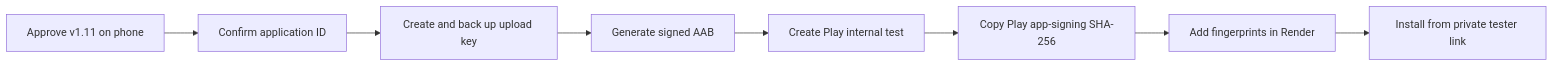
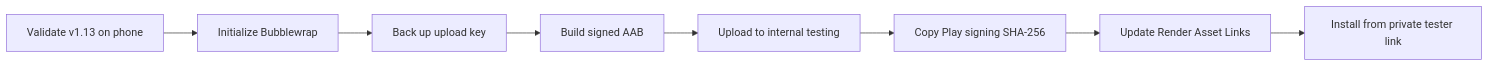
The diagram in docs/ANDROID_INTERNAL_TEST_GUIDE.md (diegoboland-jpg/AtlasTime), drawn with Mermaid before and after one commit. The commit also changed other lines of this file and 16 other files, not shown here.

Commit message:
v1.13: fit mobile overview and prepare Play internal test

````diff
--- a/docs/ANDROID_INTERNAL_TEST_GUIDE.md
+++ b/docs/ANDROID_INTERNAL_TEST_GUIDE.md
@@ -29,10 +111,10 @@
 ```mermaid
 flowchart LR
-  A[Approve v1.11 on phone] --> B[Confirm application ID]
-  B --> C[Create and back up upload key]
-  C --> D[Generate signed AAB]
-  D --> E[Create Play internal test]
-  E --> F[Copy Play app-signing SHA-256]
-  F --> G[Add fingerprints in Render]
+  A[Validate v1.13 on phone] --> B[Initialize Bubblewrap]
+  B --> C[Back up upload key]
+  C --> D[Build signed AAB]
+  D --> E[Upload to internal testing]
+  E --> F[Copy Play signing SHA-256]
+  F --> G[Update Render Asset Links]
   G --> H[Install from private tester link]
 ```
````
